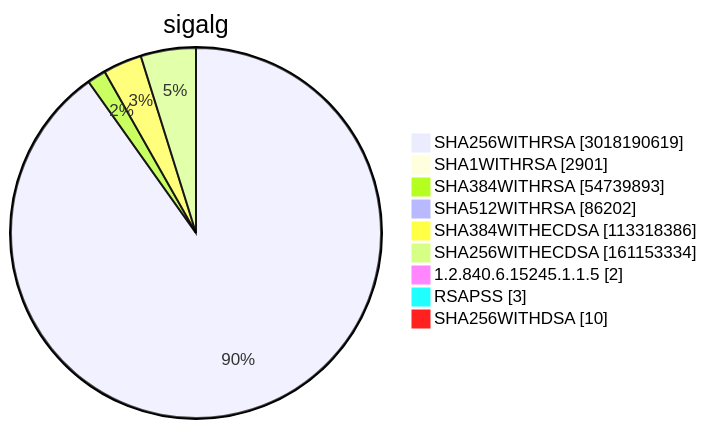
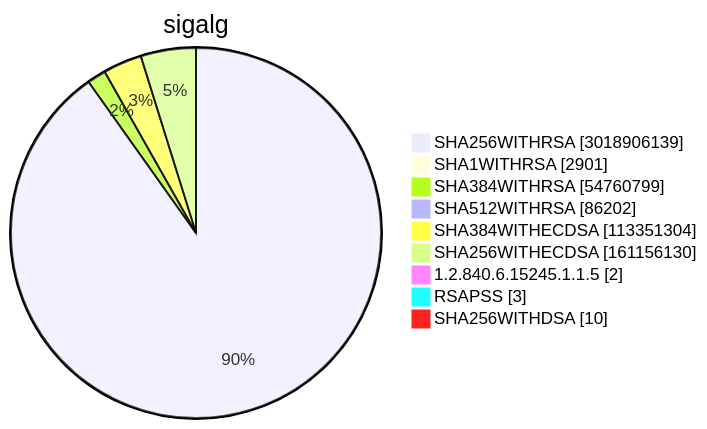
Before and after one commit to christiankrug/ctmonitor_visualization: diagram 15 of 15 in TOTAL/README.md, drawn with Mermaid. The commit also changed other lines of this file, not shown here.

````diff
--- a/TOTAL/README.md
+++ b/TOTAL/README.md
@@ -6208,13 +6208,13 @@
 ```mermaid
 pie showData
 title sigalg
-"SHA256WITHRSA" :3018190619
+"SHA256WITHRSA" :3018906139
 "SHA1WITHRSA" :2901
-"SHA384WITHRSA" :54739893
+"SHA384WITHRSA" :54760799
 "SHA512WITHRSA" :86202
-"SHA384WITHECDSA" :113318386
-"SHA256WITHECDSA" :161153334
+"SHA384WITHECDSA" :113351304
+"SHA256WITHECDSA" :161156130
 "1.2.840.6.15245.1.1.5" :2
 "RSAPSS" :3
 "SHA256WITHDSA" :10
 ```
````
